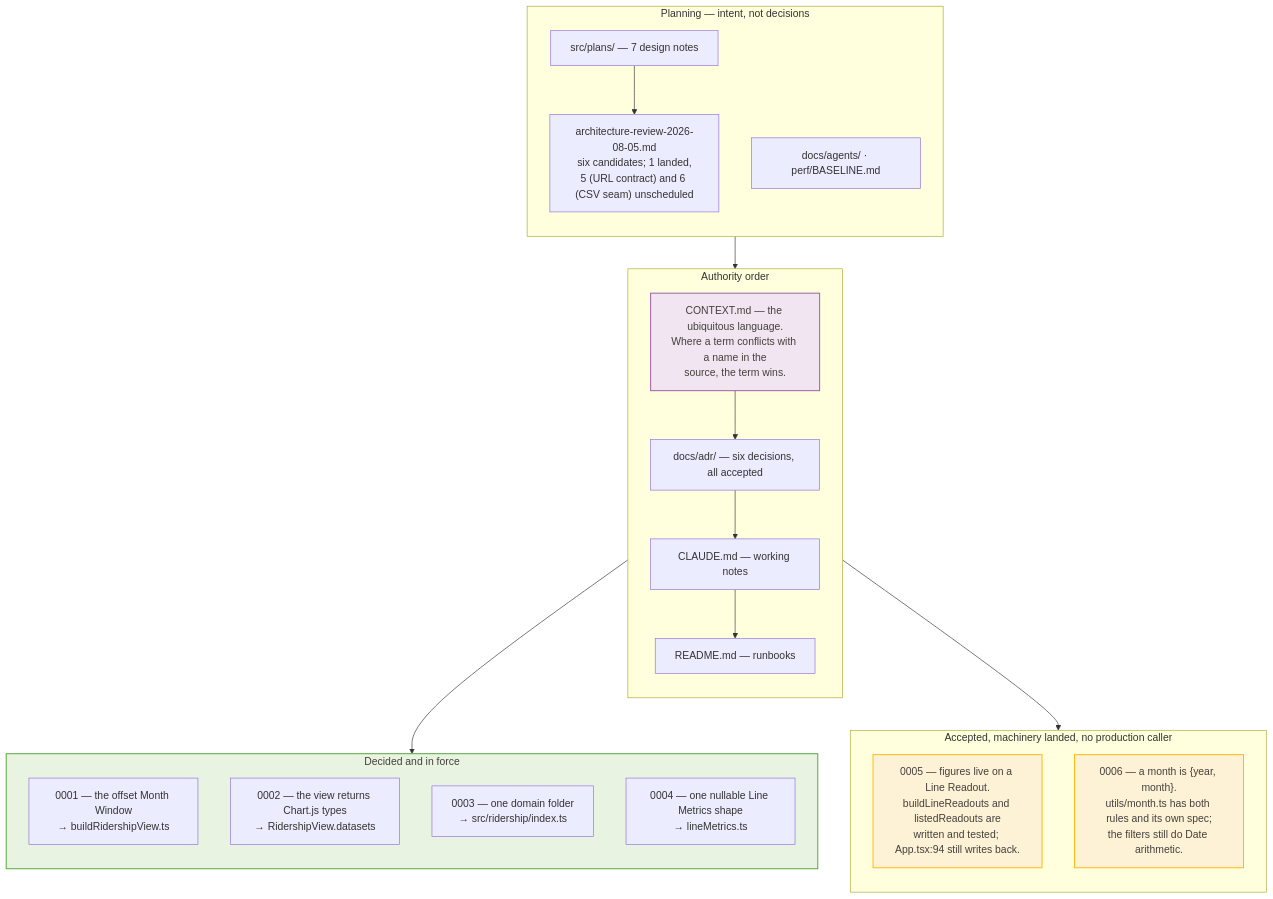
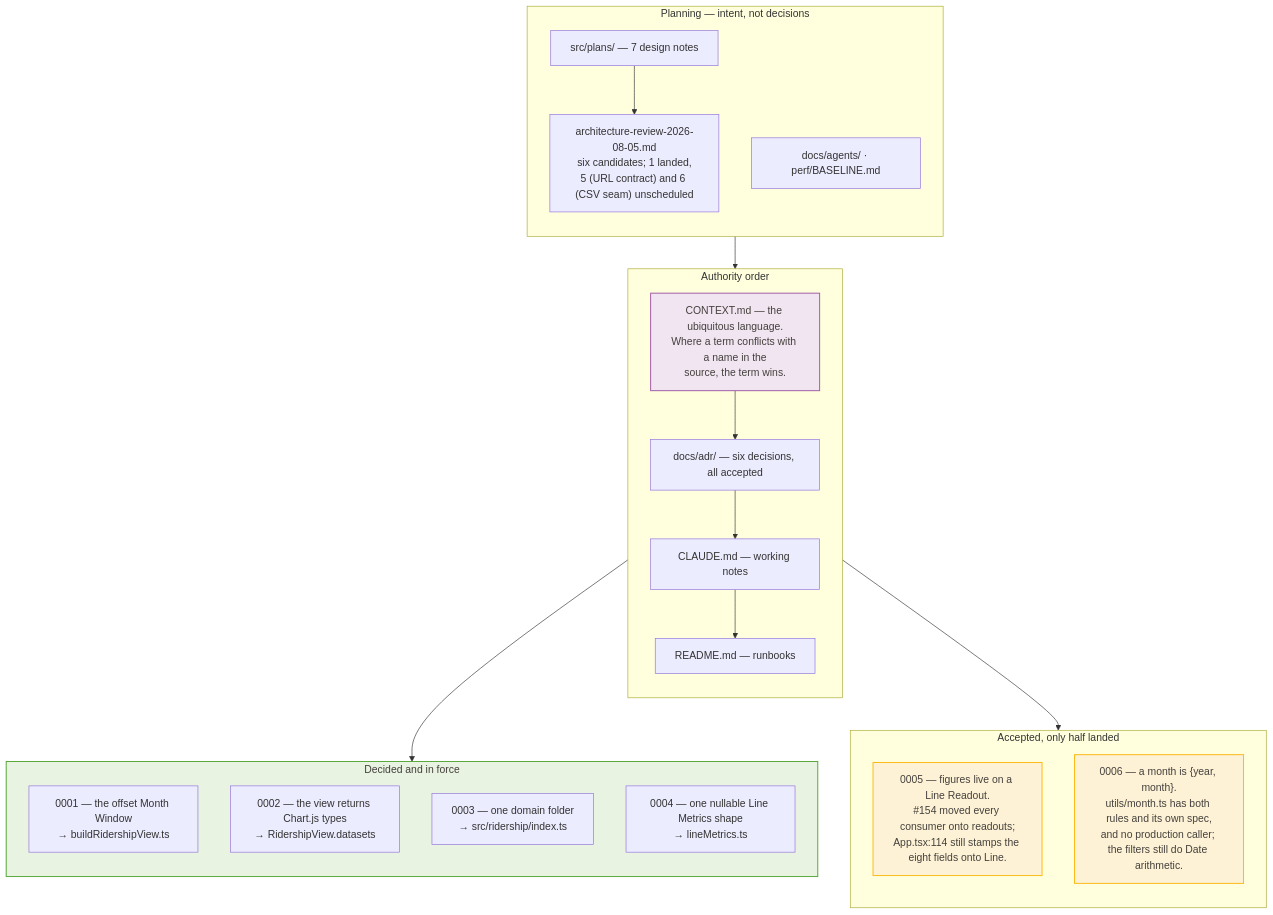
Before and after one commit to streetsforall/metro_ridership_app: the diagram in docs/architecture/mermaid/21-docs-adr-map.mmd, drawn with Mermaid. The commit also changed 11 other files, not shown here.

First line of the commit message:
docs: record that #154 moved the consumers onto Line Readouts

```diff
--- a/docs/architecture/mermaid/21-docs-adr-map.mmd
+++ b/docs/architecture/mermaid/21-docs-adr-map.mmd
@@ -1,41 +1,41 @@
 flowchart TB
   subgraph authority["Authority order"]
     direction TB
     ctx["CONTEXT.md — the ubiquitous language.<br/>Where a term conflicts with a name in the<br/>source, the term wins."]
     adrs["docs/adr/ — six decisions, all accepted"]
     claude["CLAUDE.md — working notes"]
     readme["README.md — runbooks"]
     ctx --> adrs --> claude --> readme
   end
 
   subgraph landed["Decided and in force"]
     direction TB
     a1["0001 — the offset Month Window<br/>→ buildRidershipView.ts"]
     a2["0002 — the view returns Chart.js types<br/>→ RidershipView.datasets"]
     a3["0003 — one domain folder<br/>→ src/ridership/index.ts"]
     a4["0004 — one nullable Line Metrics shape<br/>→ lineMetrics.ts"]
   end
 
-  subgraph half["Accepted, machinery landed, no production caller"]
+  subgraph half["Accepted, only half landed"]
     direction TB
-    a5["0005 — figures live on a Line Readout.<br/>buildLineReadouts and listedReadouts are<br/>written and tested; App.tsx:94 still writes back."]
-    a6["0006 — a month is {year, month}.<br/>utils/month.ts has both rules and its own spec;<br/>the filters still do Date arithmetic."]
+    a5["0005 — figures live on a Line Readout.<br/>#154 moved every consumer onto readouts;<br/>App.tsx:114 still stamps the eight fields onto Line."]
+    a6["0006 — a month is {year, month}.<br/>utils/month.ts has both rules and its own spec,<br/>and no production caller; the filters still do Date arithmetic."]
   end
 
   subgraph planning["Planning — intent, not decisions"]
     direction TB
     review["architecture-review-2026-08-05.md<br/>six candidates; 1 landed,<br/>5 (URL contract) and 6 (CSV seam) unscheduled"]
     plans["src/plans/ — 7 design notes"]
     agents["docs/agents/ · perf/BASELINE.md"]
   end
 
   adrs --> landed
   adrs --> half
   plans --> review --> adrs
 
   classDef authorityC fill:#f0e5f1,stroke:#a05da5,stroke-width:1.5px,color:#44403c
   classDef pending fill:#fdf2d6,stroke:#fdb913,stroke-width:1.5px,color:#44403c
   classDef surface fill:#e8f3e2,stroke:#58a738,stroke-width:1.5px,color:#44403c
   class ctx authorityC
   class a5,a6 pending
   class landed surface
```
